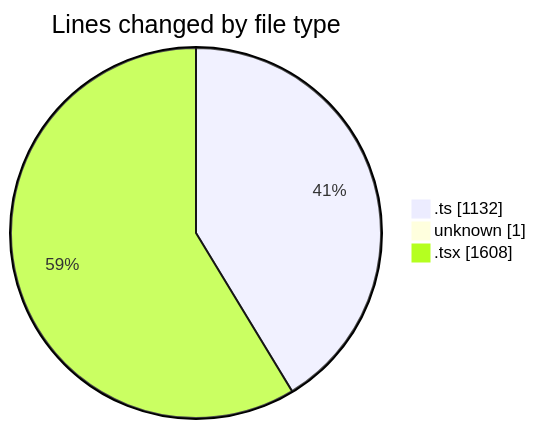
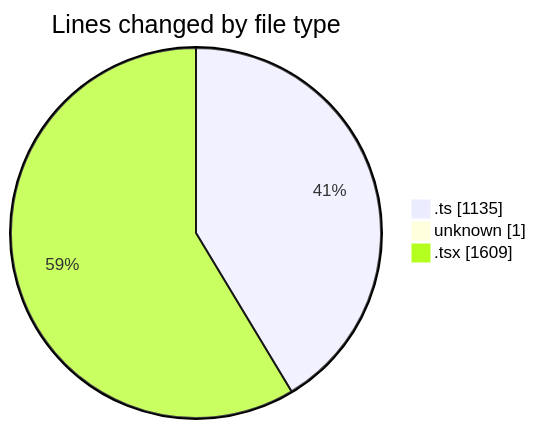
One commit to robertbonfada/code-tracking changed the first of 2 diagrams in 2025-02-17/mbc-web/README.md. Above: the diagram before and after it, drawn with Mermaid. The commit also changed other lines of this file and 1 other file, not shown here.

````diff
--- a/2025-02-17/mbc-web/README.md
+++ b/2025-02-17/mbc-web/README.md
@@ -37,7 +37,7 @@
 ```mermaid
 pie showData
 title Lines changed by file type
-".ts" : 1132
+".ts" : 1135
 "unknown" : 1
-".tsx" : 1608
+".tsx" : 1609
 ```
````
